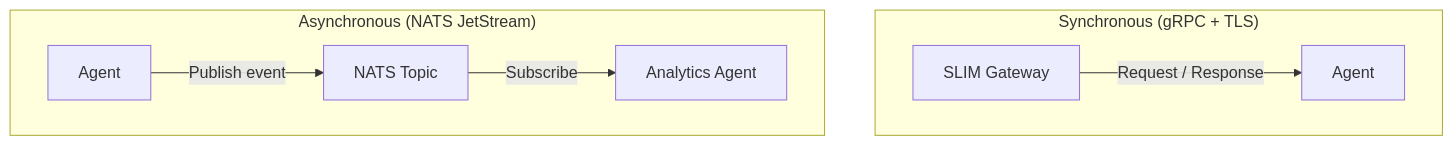
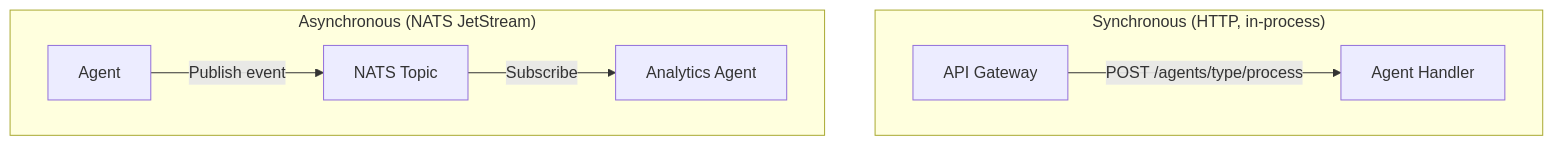
The fourth of 8 diagrams in docs-site/docs/getting-started/how-it-works.md (Remaker-Digital/groundtruth-kb), drawn with Mermaid before and after one commit. The commit also changed other lines of this file and 57 other files, not shown here.

````diff
--- a/docs-site/docs/getting-started/how-it-works.md
+++ b/docs-site/docs/getting-started/how-it-works.md
@@ -140,13 +140,13 @@
 ```mermaid
 flowchart TB
-    subgraph Synchronous["Synchronous (gRPC + TLS)"]
+    subgraph Synchronous["Synchronous (HTTP, in-process)"]
         direction LR
-        S1[SLIM Gateway] -->|Request / Response| S2[Agent]
+        S1[API Gateway] -->|POST /agents/type/process| S2[Agent Handler]
     end
 
     subgraph Asynchronous["Asynchronous (NATS JetStream)"]
         direction LR
         A1[Agent] -->|Publish event| A2[NATS Topic]
         A2 -->|Subscribe| A3[Analytics Agent]
     end
 ```
````
